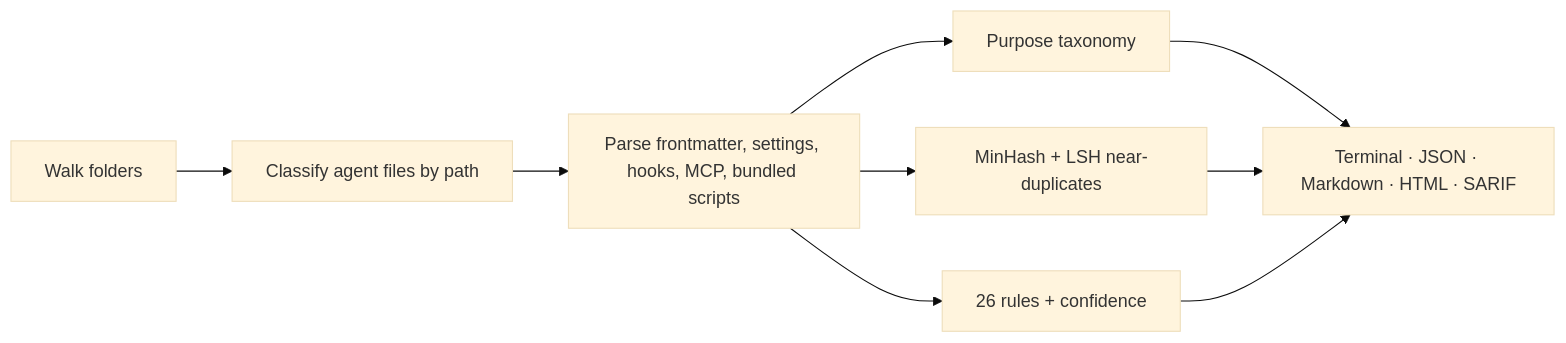
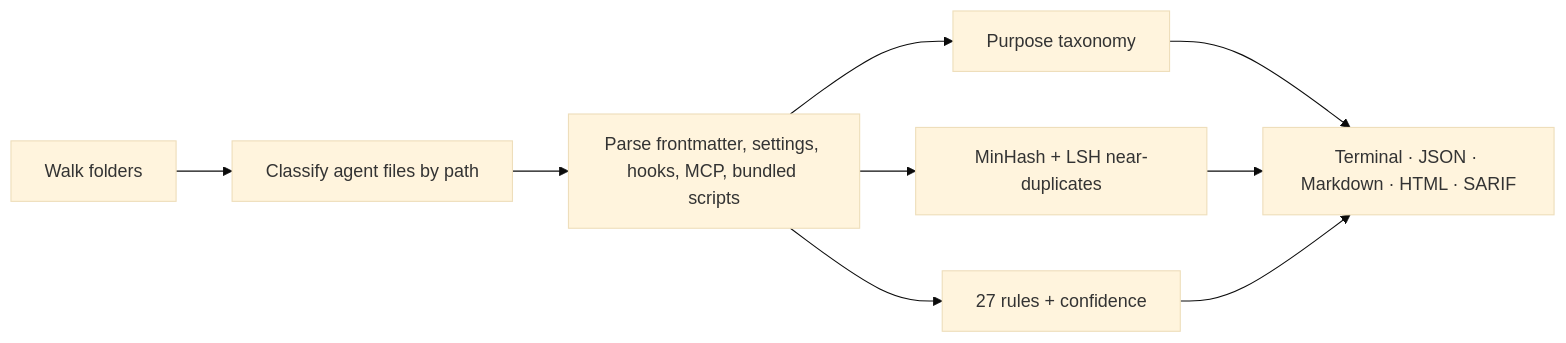
The diagram in README.md (thinkingraven/rookery), drawn with Mermaid (base theme) before and after one commit. The commit also changed other lines of this file and 15 other files, not shown here.

````diff
--- a/README.md
+++ b/README.md
@@ -179,9 +181,9 @@
 ```mermaid
 flowchart LR
   A[Walk folders] --> B[Classify agent files by path]
   B --> C[Parse frontmatter, settings, hooks, MCP, bundled scripts]
   C --> D[Purpose taxonomy]
   C --> E[MinHash + LSH near-duplicates]
-  C --> F[26 rules + confidence]
+  C --> F[27 rules + confidence]
   D & E & F --> G[Terminal · JSON · Markdown · HTML · SARIF]
 ```
````
